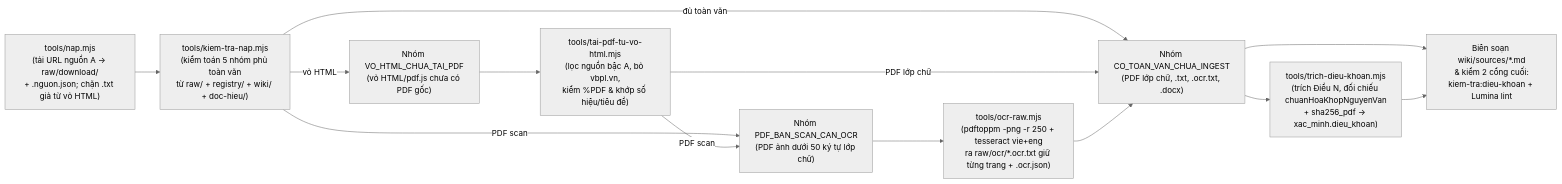
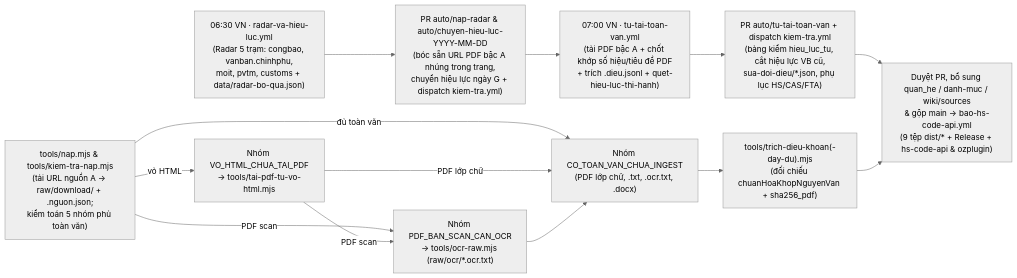
Before and after one commit to ozvietnam/oz-wiki-plhq: the second of 3 diagrams in docs/SO-DO-HE-THONG.md, drawn with Mermaid (neutral theme). The commit also changed other lines of this file and 5 other files, not shown here.

Commit message:
feat(nap): quét dây chuyền hiệu lực & phụ lục khi tự tải toàn văn và đồng bộ sơ đồ hệ thống (#790)

````diff
--- a/docs/SO-DO-HE-THONG.md
+++ b/docs/SO-DO-HE-THONG.md
@@ -107,25 +107,26 @@
 ```mermaid
 flowchart LR
-  NAP["tools/nap.mjs\n(tải URL nguồn A -> raw/download/\n+ .nguon.json; chặn .txt giả từ vỏ HTML)"]
-  KTN["tools/kiem-tra-nap.mjs\n(kiểm toán 5 nhóm phủ toàn văn\ntừ raw/ + registry/ + wiki/ + doc-hieu/)"]
-  VO["Nhóm VO_HTML_CHUA_TAI_PDF\n(vỏ HTML/pdf.js chưa có PDF gốc)"]
-  SCAN["Nhóm PDF_BAN_SCAN_CAN_OCR\n(PDF ảnh dưới 50 ký tự lớp chữ)"]
+  RADAR["06:30 VN · radar-va-hieu-luc.yml\n(Radar 5 trạm: congbao, vanban.chinhphu,\nmoit, pvtm, customs + data/radar-bo-qua.json)"]
+  STUB["PR auto/nap-radar & auto/chuyen-hieu-luc-YYYY-MM-DD\n(bóc sẵn URL PDF bậc A nhúng trong trang,\nchuyển hiệu lực ngày G + dispatch kiem-tra.yml)"]
+  TUTAI["07:00 VN · tu-tai-toan-van.yml\n(tải PDF bậc A + chốt khớp số hiệu/tiêu đề PDF\n+ trích .dieu.jsonl + quet-hieu-luc-thi-hanh)"]
+  PR_TUTAI["PR auto/tu-tai-toan-van + dispatch kiem-tra.yml\n(bảng kiểm hieu_luc_tu, cắt hiệu lực VB cũ,\nsua-doi-dieu/*.json, phụ lục HS/CAS/FTA)"]
+  NAP["tools/nap.mjs & tools/kiem-tra-nap.mjs\n(tải URL nguồn A -> raw/download/ + .nguon.json;\nkiểm toán 5 nhóm phủ toàn văn)"]
+  VO["Nhóm VO_HTML_CHUA_TAI_PDF\n-> tools/tai-pdf-tu-vo-html.mjs"]
+  SCAN["Nhóm PDF_BAN_SCAN_CAN_OCR\n-> tools/ocr-raw.mjs (raw/ocr/*.ocr.txt)"]
   TEXT["Nhóm CO_TOAN_VAN_CHUA_INGEST\n(PDF lớp chữ, .txt, .ocr.txt, .docx)"]
-  TAIPDF["tools/tai-pdf-tu-vo-html.mjs\n(lọc nguồn bậc A, bỏ vbpl.vn,\nkiểm %PDF & khớp số hiệu/tiêu đề)"]
-  OCR["tools/ocr-raw.mjs\n(pdftoppm -png -r 250 + tesseract vie+eng\nra raw/ocr/*.ocr.txt giữ từng trang + .ocr.json)"]
-  TRICH["tools/trich-dieu-khoan.mjs\n(trích Điều N, đối chiếu chuanHoaKhopNguyenVan\n+ sha256_pdf -> xac_minh.dieu_khoan)"]
-  SOAT["Biên soạn wiki/sources/*.md\n& kiểm 2 cổng cuối:\nkiem-tra:dieu-khoan + Lumina lint"]
+  TRICH["tools/trich-dieu-khoan(-day-du).mjs\n(đối chiếu chuanHoaKhopNguyenVan + sha256_pdf)"]
+  SOAT["Duyệt PR, bổ sung quan_he / danh-muc / wiki/sources\n& gộp main -> bao-hs-code-api.yml\n(9 tệp dist/* + Release + hs-code-api & ozplugin)"]
 
-  NAP --> KTN
-  KTN -->|"vỏ HTML"| VO
-  KTN -->|"PDF scan"| SCAN
-  KTN -->|"đủ toàn văn"| TEXT
-  VO --> TAIPDF
-  TAIPDF -->|"PDF scan"| SCAN
-  TAIPDF -->|"PDF lớp chữ"| TEXT
-  SCAN --> OCR
-  OCR --> TEXT
+  RADAR --> STUB
+  STUB --> TUTAI
+  TUTAI --> PR_TUTAI
+  PR_TUTAI --> SOAT
+  NAP -->|"vỏ HTML"| VO
+  NAP -->|"PDF scan"| SCAN
+  NAP -->|"đủ toàn văn"| TEXT
+  VO -->|"PDF scan"| SCAN
+  VO -->|"PDF lớp chữ"| TEXT
+  SCAN --> TEXT
   TEXT --> TRICH
-  TEXT --> SOAT
   TRICH --> SOAT
 ```
````
